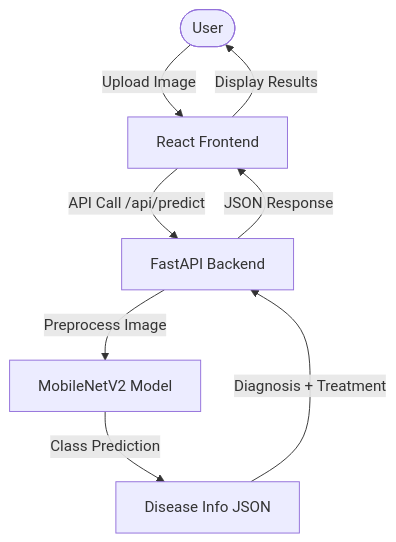
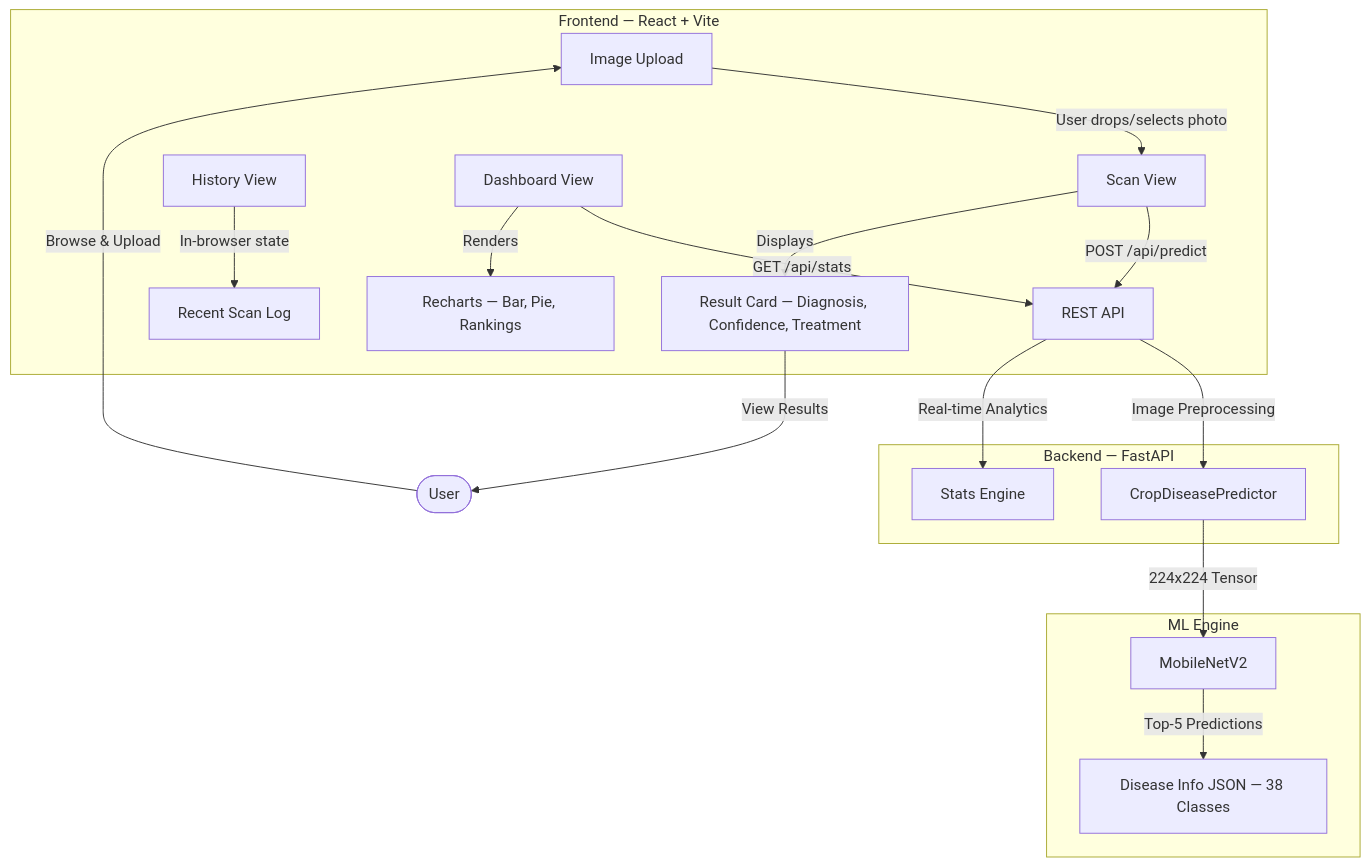
Before and after one commit to masumbillah21/crop-disease-ai-detector: the diagram in README.md, drawn with Mermaid.

Commit message:
docs: update architecture diagram in README with more detailed and structured subgraphs.

````diff
--- a/README.md
+++ b/README.md
@@ -40,10 +40,24 @@
 ```mermaid
 graph TD
-    User([User]) -->|Upload Image| React[React Frontend]
-    React -->|API Call /api/predict| FastAPI[FastAPI Backend]
-    FastAPI -->|Preprocess Image| Model[MobileNetV2 Model]
-    Model -->|Class Prediction| DiseaseDB[Disease Info JSON]
-    DiseaseDB -->|Diagnosis + Treatment| FastAPI
-    FastAPI -->|JSON Response| React
-    React -->|Display Results| User
+    subgraph "Frontend — React + Vite"
+        Upload[Image Upload] -->|User drops/selects photo| ScanView[Scan View]
+        ScanView -->|POST /api/predict| API
+        ScanView -->|Displays| ResultCard[Result Card — Diagnosis, Confidence, Treatment]
+        HistoryView[History View] -->|In-browser state| ScanLog[Recent Scan Log]
+        DashboardView[Dashboard View] -->|GET /api/stats| API
+        DashboardView -->|Renders| Charts[Recharts — Bar, Pie, Rankings]
+    end
+
+    subgraph "Backend — FastAPI"
+        API[REST API] -->|Image Preprocessing| Predictor[CropDiseasePredictor]
+        API -->|Real-time Analytics| Stats[Stats Engine]
+    end
+
+    subgraph "ML Engine"
+        Predictor -->|224x224 Tensor| Model[MobileNetV2]
+        Model -->|Top-5 Predictions| DiseaseDB[Disease Info JSON — 38 Classes]
+    end
+
+    User([User]) -->|Browse & Upload| Upload
+    ResultCard -->|View Results| User
 ```
````
